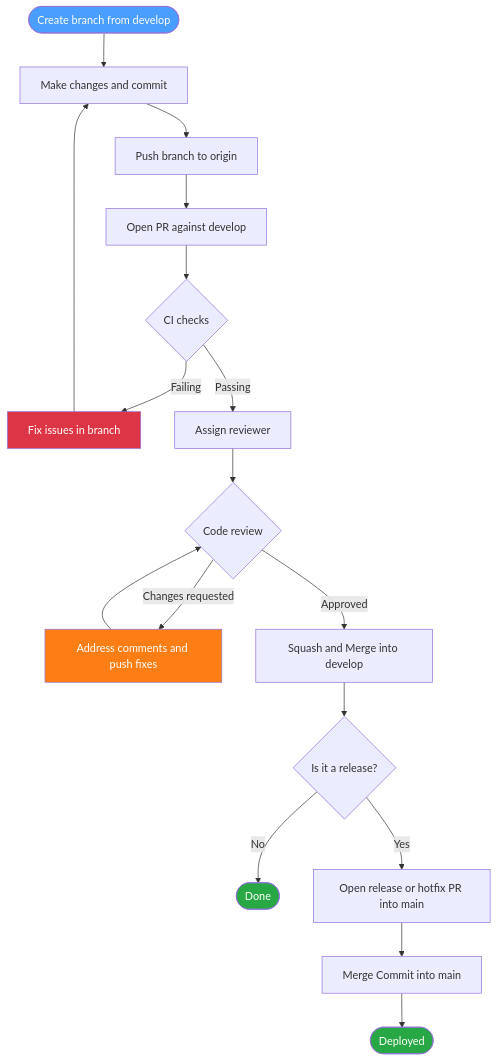
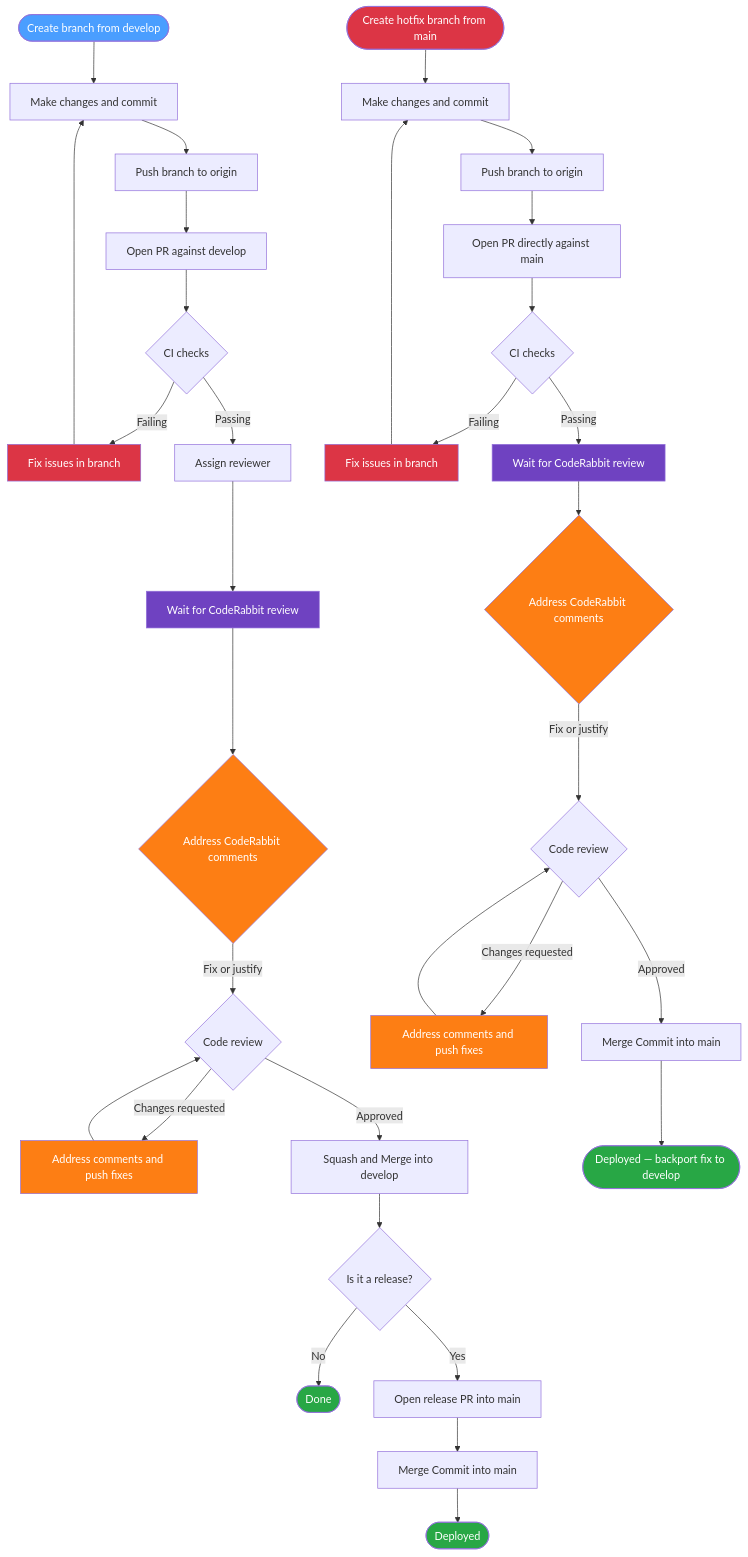
Before and after one commit to Aplicaciones-Moviles-SEC-1-G2/swift-sd-smart-parking: the diagram in CONTRIBUTING.md, drawn with Mermaid. The commit also changed other lines of this file, not shown here.

````diff
--- a/CONTRIBUTING.md
+++ b/CONTRIBUTING.md
@@ -149,25 +149,49 @@
 ```mermaid
 flowchart TD
     A([Create branch from develop]) --> B[Make changes and commit]
     B --> C[Push branch to origin]
     C --> D[Open PR against develop]
     D --> E{CI checks}
     E -->|Failing| F[Fix issues in branch]
     F --> B
     E -->|Passing| G[Assign reviewer]
-    G --> H{Code review}
+    G --> CR[Wait for CodeRabbit review]
+    CR --> CRR{Address CodeRabbit comments}
+    CRR -->|Fix or justify| H{Code review}
     H -->|Changes requested| I[Address comments and push fixes]
     I --> H
     H -->|Approved| J[Squash and Merge into develop]
     J --> K{Is it a release?}
     K -->|No| L([Done])
-    K -->|Yes| M[Open release or hotfix PR into main]
+    K -->|Yes| M[Open release PR into main]
     M --> N[Merge Commit into main]
     N --> O([Deployed])
 
+    HA([Create hotfix branch from main]) --> HB[Make changes and commit]
+    HB --> HC[Push branch to origin]
+    HC --> HD[Open PR directly against main]
+    HD --> HE{CI checks}
+    HE -->|Failing| HF[Fix issues in branch]
+    HF --> HB
+    HE -->|Passing| HCR[Wait for CodeRabbit review]
+    HCR --> HCRR{Address CodeRabbit comments}
+    HCRR -->|Fix or justify| HH{Code review}
+    HH -->|Changes requested| HI[Address comments and push fixes]
+    HI --> HH
+    HH -->|Approved| HN[Merge Commit into main]
+    HN --> HO([Deployed — backport fix to develop])
+
     style A fill:#4a9eff,color:#fff
+    style HA fill:#dc3545,color:#fff
     style L fill:#28a745,color:#fff
     style O fill:#28a745,color:#fff
+    style HO fill:#28a745,color:#fff
     style F fill:#dc3545,color:#fff
+    style HF fill:#dc3545,color:#fff
     style I fill:#fd7e14,color:#fff
+    style HI fill:#fd7e14,color:#fff
+    style CR fill:#6f42c1,color:#fff
+    style CRR fill:#fd7e14,color:#fff
+    style HCR fill:#6f42c1,color:#fff
+    style HCRR fill:#fd7e14,color:#fff
 ```
````
